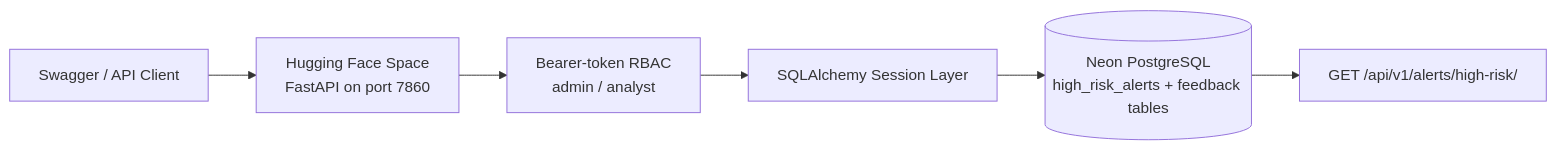
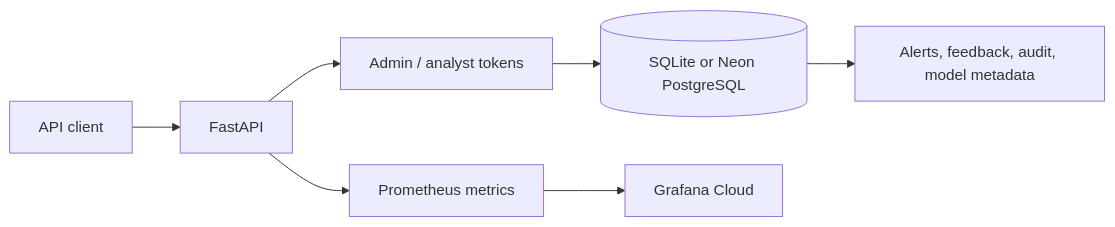
One commit to ReguiguiMohamed/hybrid-real-time-fraud-detection-tunisia changed the diagram in README.md. Above: the diagram before and after it, drawn with Mermaid. The commit also changed other lines of this file and 124 other files, not shown here.

````diff
--- a/README.md
+++ b/README.md
@@ -44,8 +52,9 @@
 ```mermaid
 flowchart LR
-    Client[Swagger / API Client] --> HF[Hugging Face Space\nFastAPI on port 7860]
-    HF --> Auth[Bearer-token RBAC\nadmin / analyst]
-    Auth --> SQLA[SQLAlchemy Session Layer]
-    SQLA --> Neon[(Neon PostgreSQL\nhigh_risk_alerts + feedback tables)]
-    Neon --> Readback[GET /api/v1/alerts/high-risk/]
+    Client[API client] --> API[FastAPI]
+    API --> Auth[Admin / analyst tokens]
+    Auth --> DB[(SQLite or Neon PostgreSQL)]
+    DB --> Review[Alerts, feedback, audit, model metadata]
+    API --> Metrics[Prometheus metrics]
+    Metrics --> Grafana[Grafana Cloud]
 ```
````
